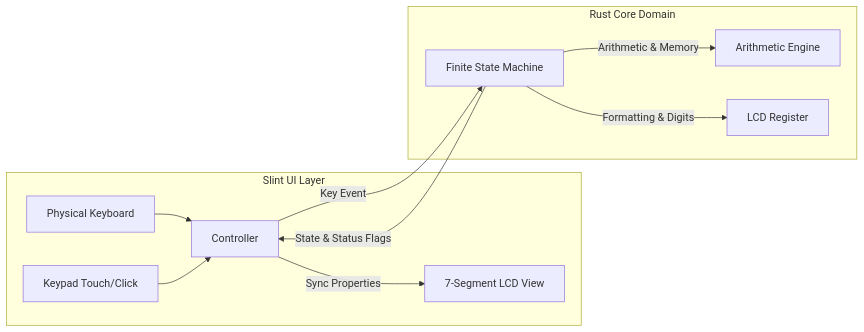
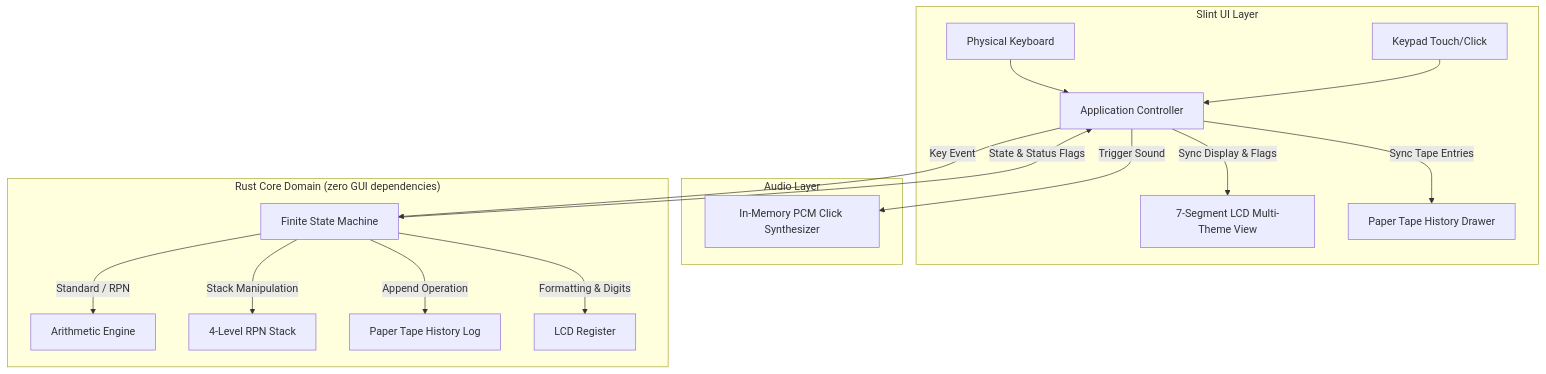
One commit to vikman90/heptaseg changed the diagram in ARCHITECTURE.md. Above: the diagram before and after it, drawn with Mermaid. The commit also changed other lines of this file and 3 other files, not shown here.

Commit message:
docs: bump version to 0.2.0 and update documentation for paper tape, themes, audio, and RPN

````diff
--- a/ARCHITECTURE.md
+++ b/ARCHITECTURE.md
@@ -18,17 +18,26 @@
 ```mermaid
-graph LR
+flowchart TD
     subgraph UI ["Slint UI Layer"]
-        KB[Physical Keyboard] --> Controller
+        KB[Physical Keyboard] --> Controller[Application Controller]
         KP[Keypad Touch/Click] --> Controller
-        LCD[7-Segment LCD View]
+        LCD[7-Segment LCD Multi-Theme View]
+        Tape[Paper Tape History Drawer]
     end
 
-    subgraph Core ["Rust Core Domain"]
+    subgraph AudioEngine ["Audio Layer"]
+        Sound[In-Memory PCM Click Synthesizer]
+    end
+
+    subgraph Core ["Rust Core Domain (zero GUI dependencies)"]
         Controller -->|Key Event| FSM[Finite State Machine]
-        FSM -->|Arithmetic & Memory| Engine[Arithmetic Engine]
+        Controller -->|Trigger Sound| Sound
+        FSM -->|Standard / RPN| Engine[Arithmetic Engine]
+        FSM -->|Stack Manipulation| RPN[4-Level RPN Stack]
+        FSM -->|Append Operation| History[Paper Tape History Log]
         FSM -->|Formatting & Digits| Reg[LCD Register]
         FSM -->|State & Status Flags| Controller
     end
 
-    Controller -->|Sync Properties| LCD
+    Controller -->|Sync Display & Flags| LCD
+    Controller -->|Sync Tape Entries| Tape
 ```
````
